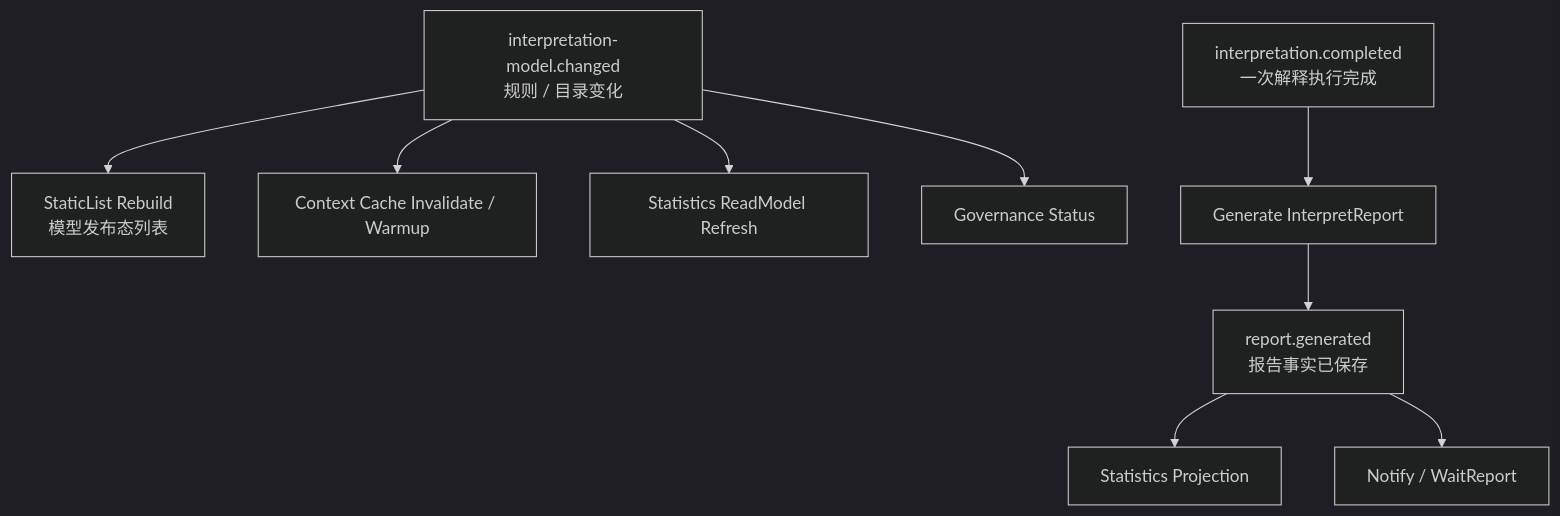
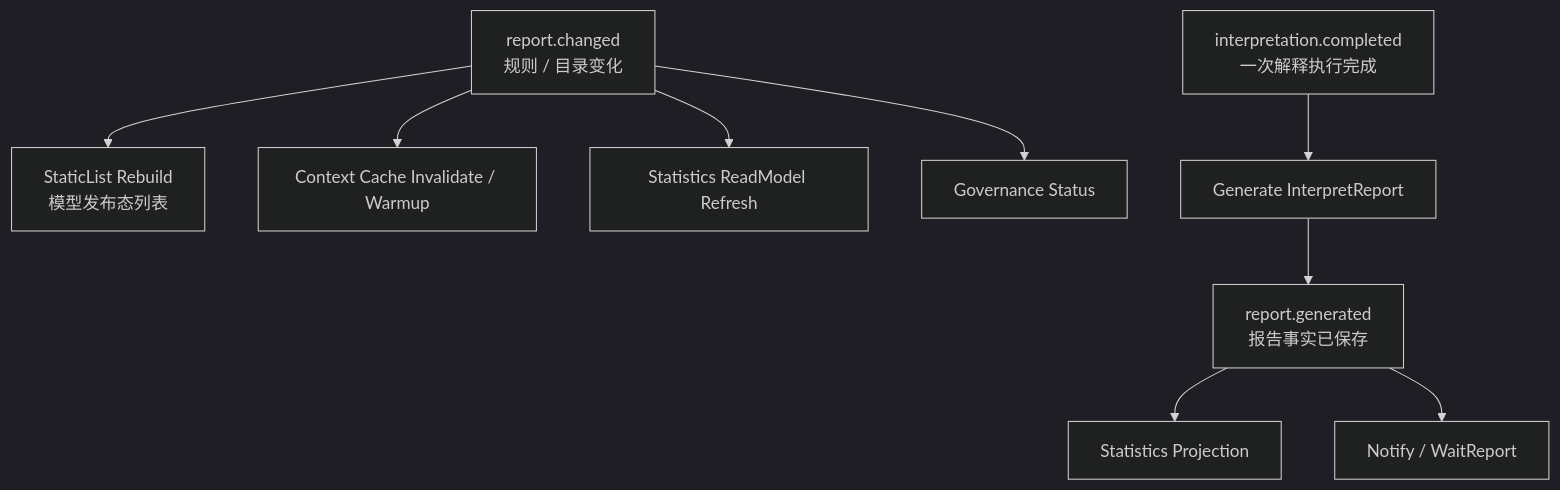
One commit to FangcunMount/qs-server changed diagram 11 of 13 in docs/06-宣讲/10-架构图素材索引.md. Above: the diagram before and after it, drawn with Mermaid (dark theme). The commit also changed other lines of this file and 500 other files, not shown here.

````diff
--- a/docs/06-宣讲/10-架构图素材索引.md
+++ b/docs/06-宣讲/10-架构图素材索引.md
@@ -789,24 +789,24 @@
 ```mermaid
 flowchart TB
-    Changed["interpretation-model.changed<br/>规则 / 目录变化"]
+    Changed["report.changed<br/>规则 / 目录变化"]
     Completed["interpretation.completed<br/>一次解释执行完成"]
     Report["report.generated<br/>报告事实已保存"]
 
     StaticList["StaticList Rebuild<br/>模型发布态列表"]
     ContextCache["Context Cache Invalidate / Warmup"]
     StatsRefresh["Statistics ReadModel Refresh"]
     Governance["Governance Status"]
 
     ReportGen["Generate InterpretReport"]
     Projection["Statistics Projection"]
     Notify["Notify / WaitReport"]
 
     Changed --> StaticList
     Changed --> ContextCache
     Changed --> StatsRefresh
     Changed --> Governance
 
     Completed --> ReportGen --> Report
     Report --> Projection
     Report --> Notify
 ```
````
